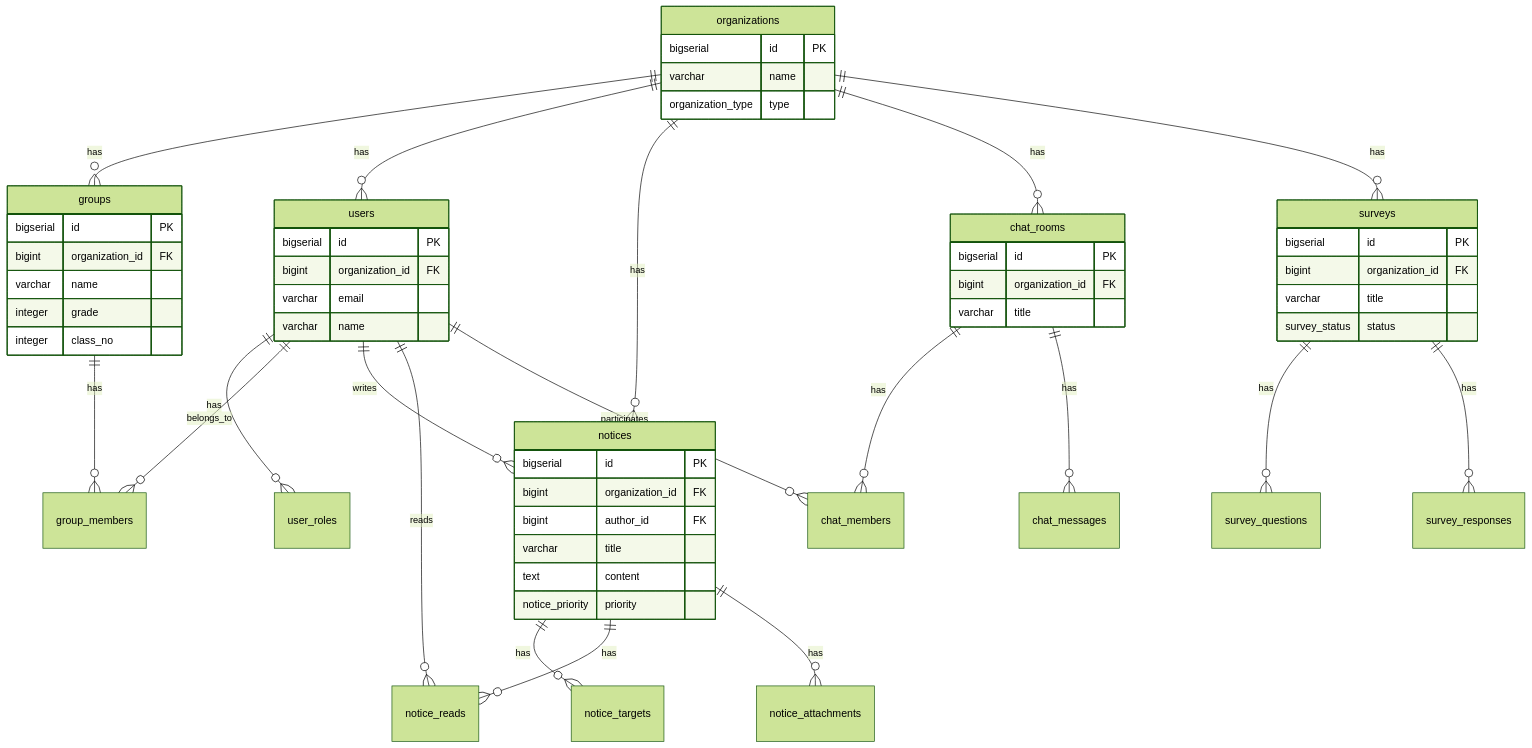
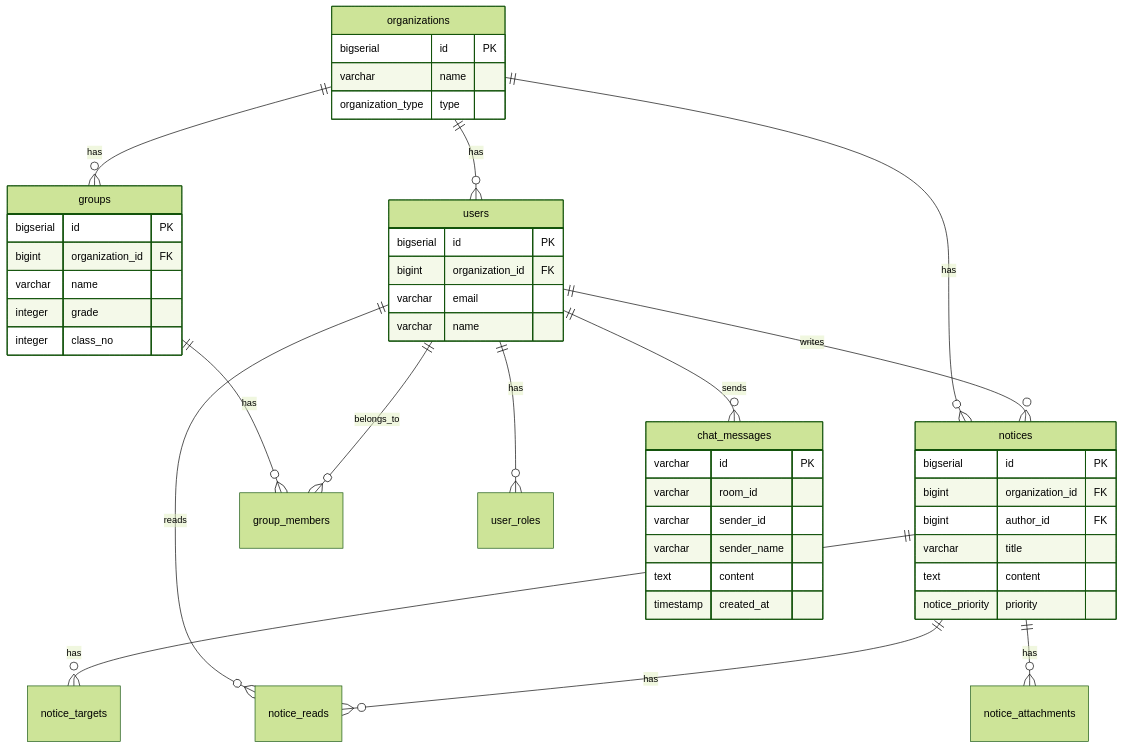
Before and after one commit to ssuukko/allimjang: the diagram in README.md, drawn with Mermaid (forest theme). The commit also changed other lines of this file, not shown here.

````diff
--- a/README.md
+++ b/README.md
@@ -96,69 +218,57 @@
 ```mermaid
 erDiagram
     organizations ||--o{ groups : "has"
     organizations ||--o{ users : "has"
     organizations ||--o{ notices : "has"
-    organizations ||--o{ chat_rooms : "has"
-    organizations ||--o{ surveys : "has"
-    
+
     groups ||--o{ group_members : "has"
-    
+
     users ||--o{ user_roles : "has"
     users ||--o{ group_members : "belongs_to"
     users ||--o{ notices : "writes"
     users ||--o{ notice_reads : "reads"
-    users ||--o{ chat_members : "participates"
-    
+    users ||--o{ chat_messages : "sends"
+
     notices ||--o{ notice_targets : "has"
     notices ||--o{ notice_reads : "has"
     notices ||--o{ notice_attachments : "has"
-    
-    chat_rooms ||--o{ chat_members : "has"
-    chat_rooms ||--o{ chat_messages : "has"
-    
-    surveys ||--o{ survey_questions : "has"
-    surveys ||--o{ survey_responses : "has"
-    
+
     organizations {
         bigserial id PK
         varchar name
         organization_type type
     }
-    
+
     groups {
         bigserial id PK
         bigint organization_id FK
         varchar name
         integer grade
         integer class_no
     }
-    
+
     users {
         bigserial id PK
         bigint organization_id FK
         varchar email
         varchar name
     }
-    
+
     notices {
         bigserial id PK
         bigint organization_id FK
         bigint author_id FK
         varchar title
         text content
         notice_priority priority
     }
-    
-    chat_rooms {
-        bigserial id PK
-        bigint organization_id FK
-        varchar title
-    }
-    
-    surveys {
-        bigserial id PK
-        bigint organization_id FK
-        varchar title
-        survey_status status
+
+    chat_messages {
+        varchar id PK
+        varchar room_id
+        varchar sender_id
+        varchar sender_name
+        text content
+        timestamp created_at
     }
 ```
````
